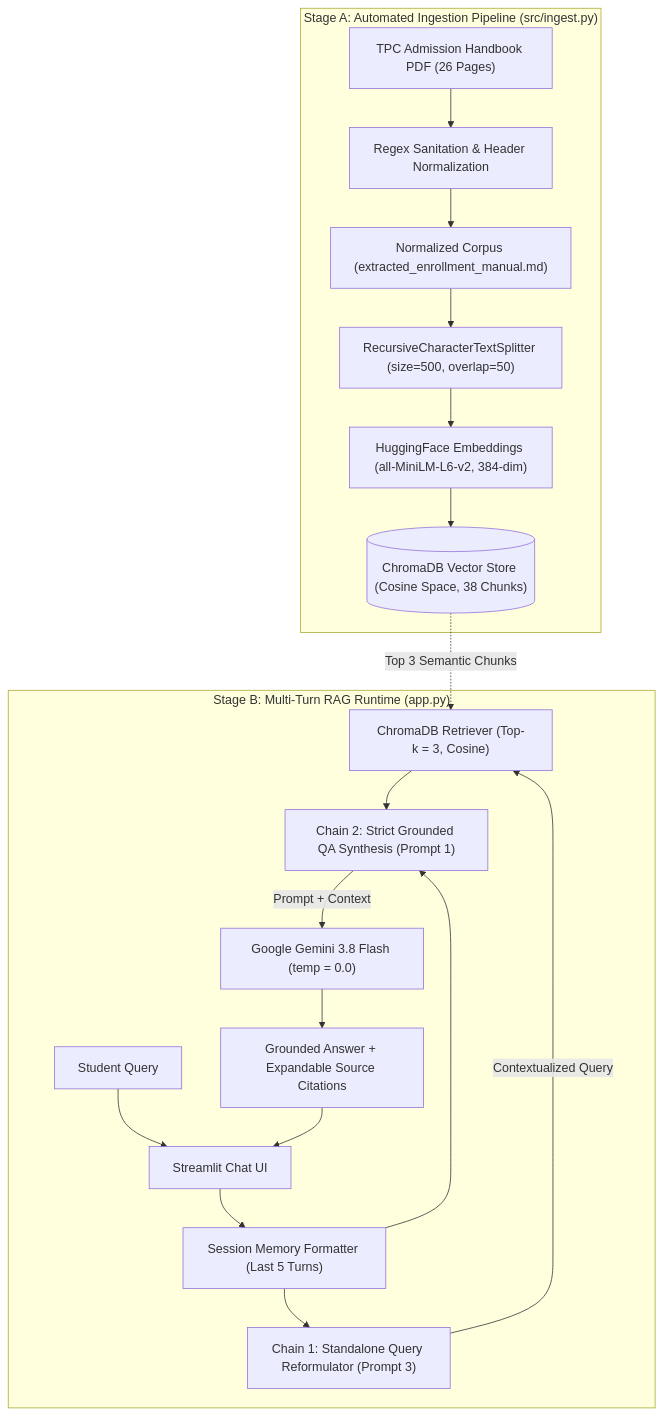
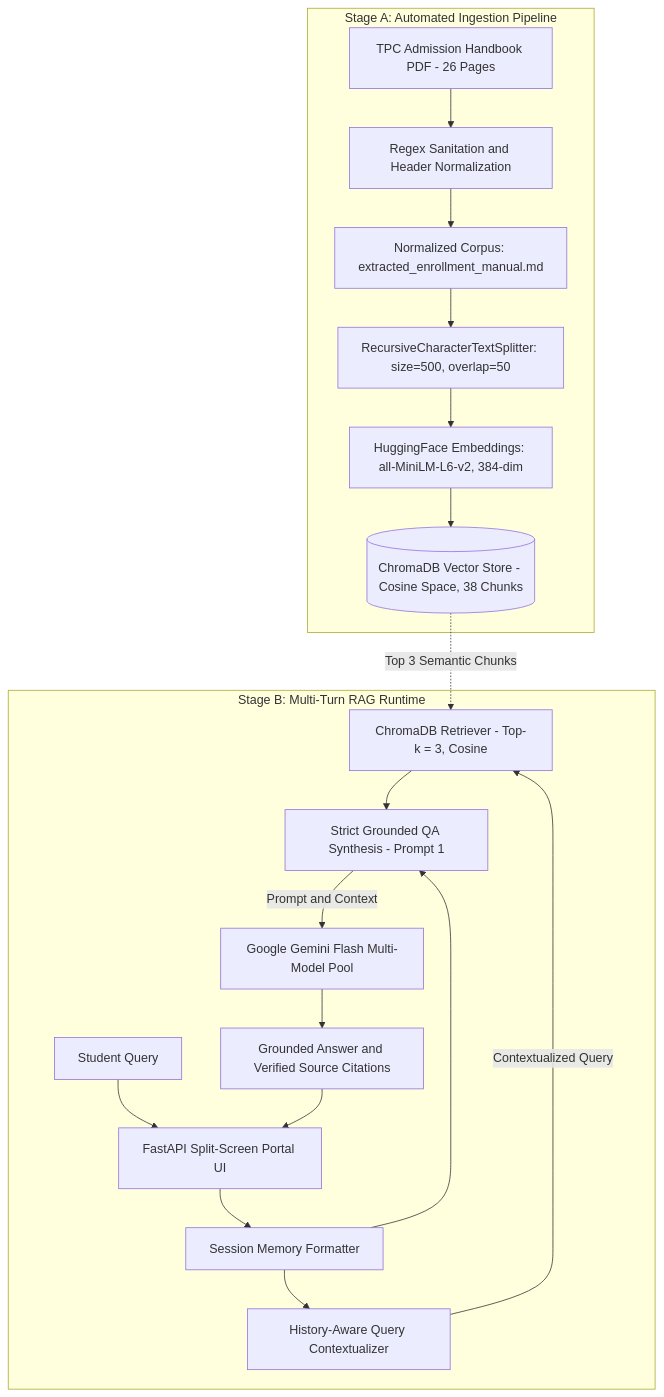
Before and after one commit to kennethautentico07-cell/admission-rag-bot: the diagram in docs/final_technical_report.md, drawn with Mermaid. The commit also changed 3 other files, not shown here.

Commit message:
fix(docs): fix Mermaid diagram syntax in README and remove defense script from repo

````diff
--- a/docs/final_technical_report.md
+++ b/docs/final_technical_report.md
@@ -45,23 +45,23 @@
 ```mermaid
 flowchart TD
-    subgraph OfflineIngestion ["Stage A: Automated Ingestion Pipeline (src/ingest.py)"]
-        PDF["TPC Admission Handbook PDF (26 Pages)"] --> CLEAN["Regex Sanitation & Header Normalization"]
-        CLEAN --> MD["Normalized Corpus (extracted_enrollment_manual.md)"]
-        MD --> SPLIT["RecursiveCharacterTextSplitter (size=500, overlap=50)"]
-        SPLIT --> EMB["HuggingFace Embeddings (all-MiniLM-L6-v2, 384-dim)"]
-        EMB --> VDB[("ChromaDB Vector Store (Cosine Space, 38 Chunks)")]
+    subgraph OfflineIngestion ["Stage A: Automated Ingestion Pipeline"]
+        PDF["TPC Admission Handbook PDF - 26 Pages"] --> CLEAN["Regex Sanitation and Header Normalization"]
+        CLEAN --> MD["Normalized Corpus: extracted_enrollment_manual.md"]
+        MD --> SPLIT["RecursiveCharacterTextSplitter: size=500, overlap=50"]
+        SPLIT --> EMB["HuggingFace Embeddings: all-MiniLM-L6-v2, 384-dim"]
+        EMB --> VDB[("ChromaDB Vector Store - Cosine Space, 38 Chunks")]
     end
 
-    subgraph OnlineRuntime ["Stage B: Multi-Turn RAG Runtime (app.py)"]
-        USER["Student Query"] --> UI["Streamlit Chat UI"]
-        UI --> HIST["Session Memory Formatter (Last 5 Turns)"]
-        HIST --> REFORM["Chain 1: Standalone Query Reformulator (Prompt 3)"]
-        REFORM -->|Contextualized Query| RET["ChromaDB Retriever (Top-k = 3, Cosine)"]
+    subgraph OnlineRuntime ["Stage B: Multi-Turn RAG Runtime"]
+        USER["Student Query"] --> UI["FastAPI Split-Screen Portal UI"]
+        UI --> HIST["Session Memory Formatter"]
+        HIST --> REFORM["History-Aware Query Contextualizer"]
+        REFORM -->|Contextualized Query| RET["ChromaDB Retriever - Top-k = 3, Cosine"]
         VDB -.->|Top 3 Semantic Chunks| RET
-        RET --> SYNTH["Chain 2: Strict Grounded QA Synthesis (Prompt 1)"]
+        RET --> SYNTH["Strict Grounded QA Synthesis - Prompt 1"]
         HIST --> SYNTH
-        SYNTH -->|Prompt + Context| GEMINI["Google Gemini 3.8 Flash (temp = 0.0)"]
-        GEMINI --> ANS["Grounded Answer + Expandable Source Citations"]
+        SYNTH -->|Prompt and Context| GEMINI["Google Gemini Flash Multi-Model Pool"]
+        GEMINI --> ANS["Grounded Answer and Verified Source Citations"]
         ANS --> UI
     end
 ```
````
